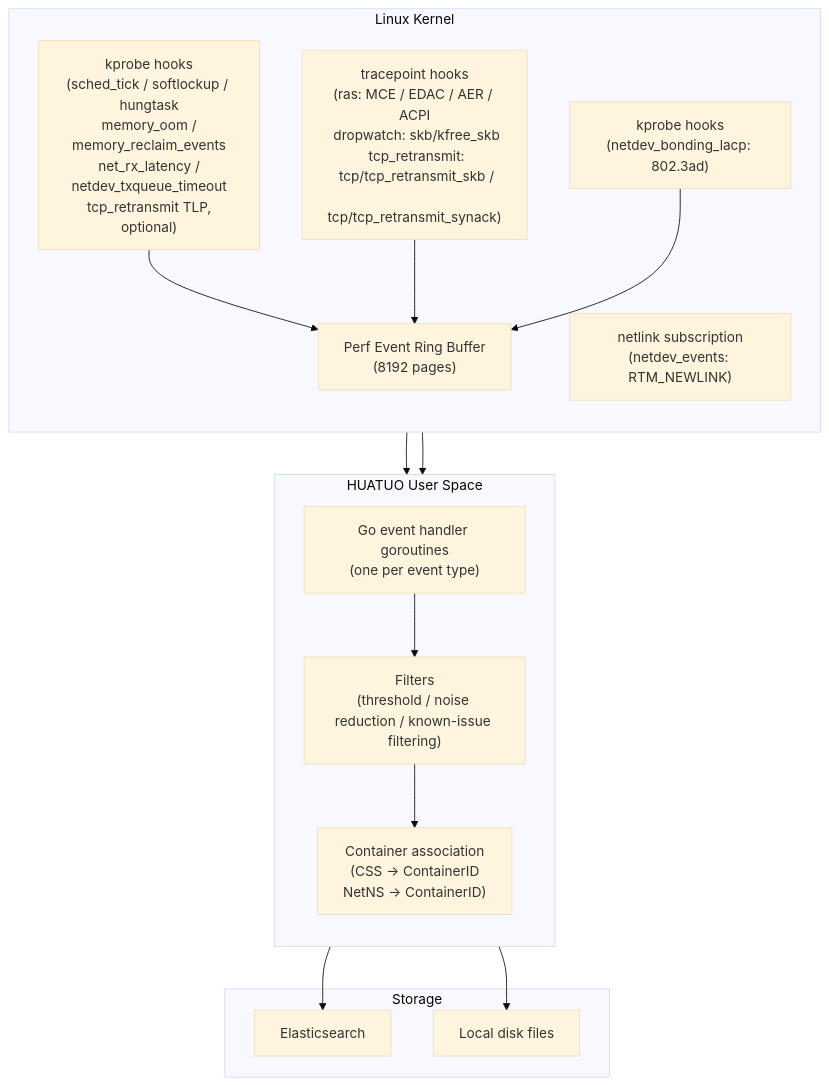
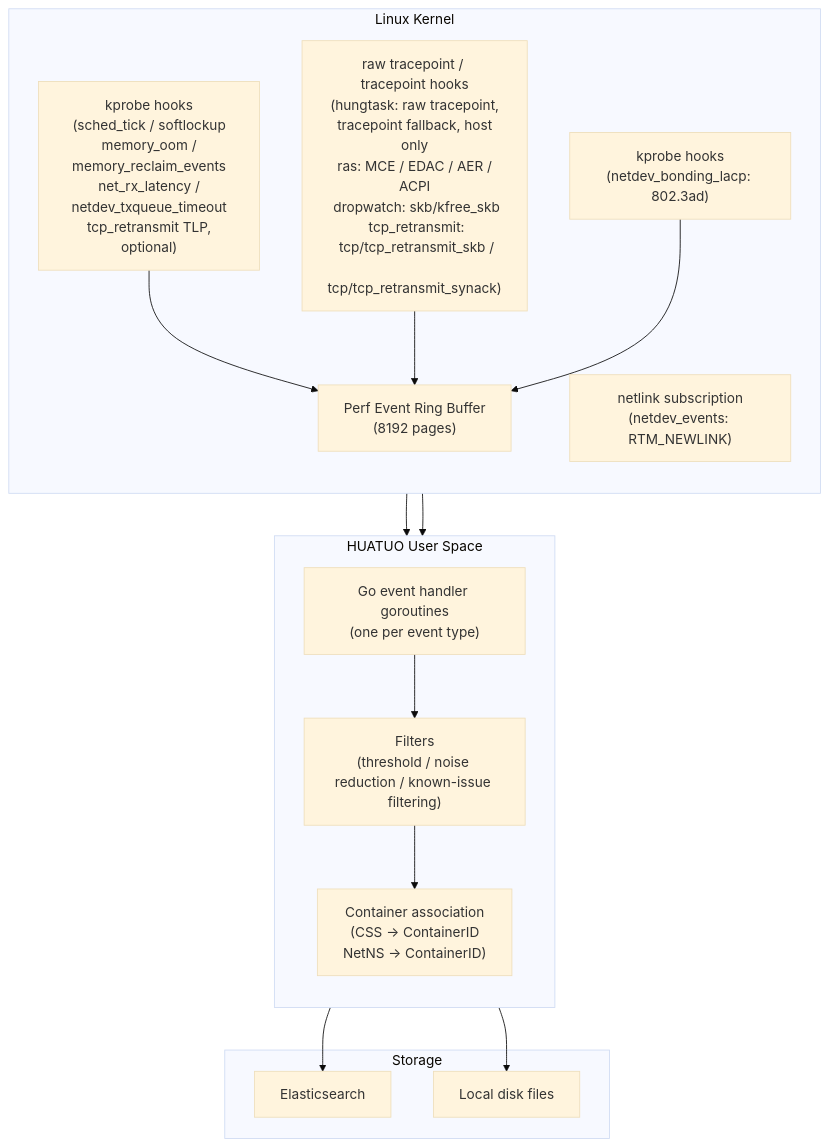
The first of 2 diagrams in docs/key-feature/instant-observability_en.md (ccfos/huatuo), drawn with Mermaid (base theme) before and after one commit. The commit also changed other lines of this file and 8 other files, not shown here.

First line of the commit message:
feat(events): attribute hungtask events and counts to containers

````diff
--- a/docs/key-feature/instant-observability_en.md
+++ b/docs/key-feature/instant-observability_en.md
@@ -524,33 +526,33 @@
 ```mermaid
 graph TB
     subgraph "Linux Kernel"
         direction TB
-        K1["kprobe hooks\n(sched_tick / softlockup / hungtask\n memory_oom / memory_reclaim_events\n net_rx_latency / netdev_txqueue_timeout\n tcp_retransmit TLP, optional)"]
-        K2["tracepoint hooks\n(ras: MCE / EDAC / AER / ACPI\n dropwatch: skb/kfree_skb\n tcp_retransmit:\n tcp/tcp_retransmit_skb /\n tcp/tcp_retransmit_synack)"]
+        K1["kprobe hooks\n(sched_tick / softlockup\n memory_oom / memory_reclaim_events\n net_rx_latency / netdev_txqueue_timeout\n tcp_retransmit TLP, optional)"]
+        K2["raw tracepoint / tracepoint hooks\n(hungtask: raw tracepoint,\n tracepoint fallback, host only\n ras: MCE / EDAC / AER / ACPI\n dropwatch: skb/kfree_skb\n tcp_retransmit:\n tcp/tcp_retransmit_skb /\n tcp/tcp_retransmit_synack)"]
         K3["netlink subscription\n(netdev_events: RTM_NEWLINK)"]
         K4["kprobe hooks\n(netdev_bonding_lacp: 802.3ad)"]
         PEB["Perf Event Ring Buffer\n(8192 pages)"]
     end
 
     subgraph "HUATUO User Space"
         direction TB
         EH["Go event handler goroutines\n(one per event type)"]
         CF["Filters\n(threshold / noise reduction / known-issue filtering)"]
         CM["Container association\n(CSS → ContainerID\n NetNS → ContainerID)"]
     end
 
     subgraph "Storage"
         ES["Elasticsearch"]
         DISK["Local disk files"]
     end
 
     K1 --> PEB
     K2 --> PEB
     K4 --> PEB
     PEB --> EH
     K3 --> EH
     EH --> CF
     CF --> CM
     CM --> ES
     CM --> DISK
 ```
````
